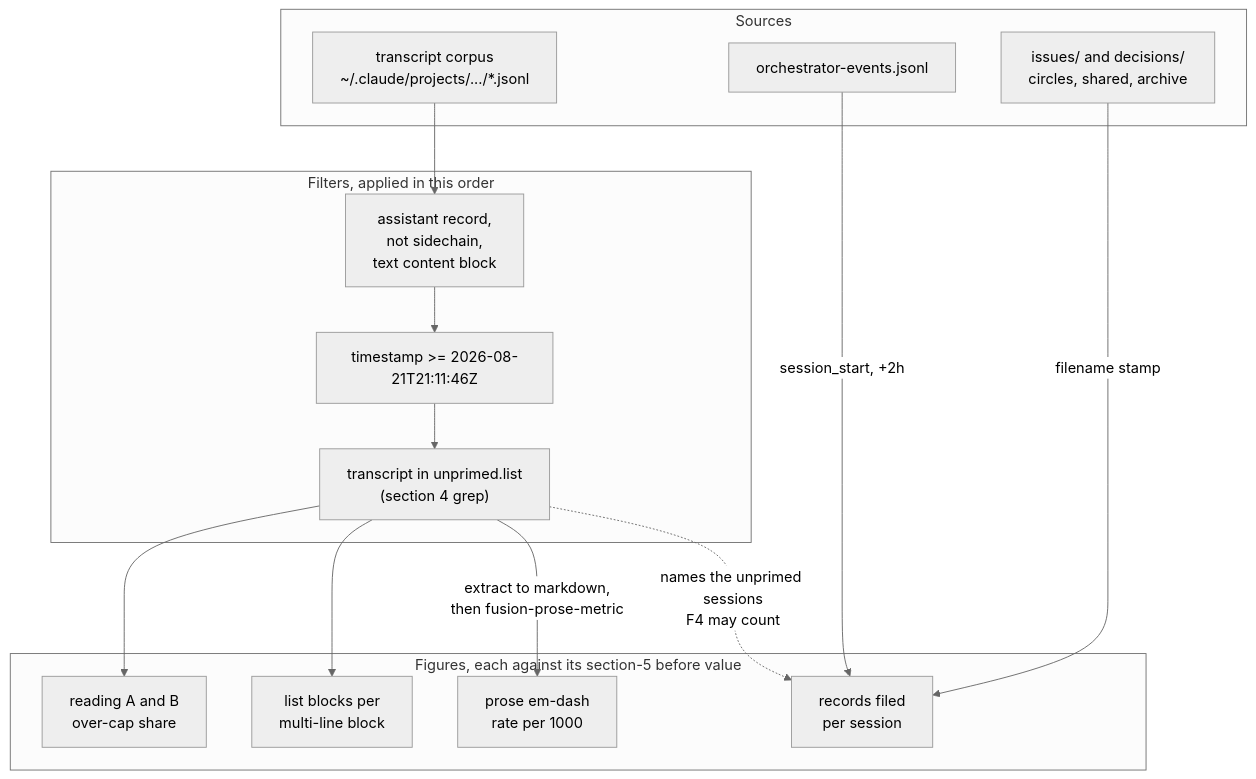
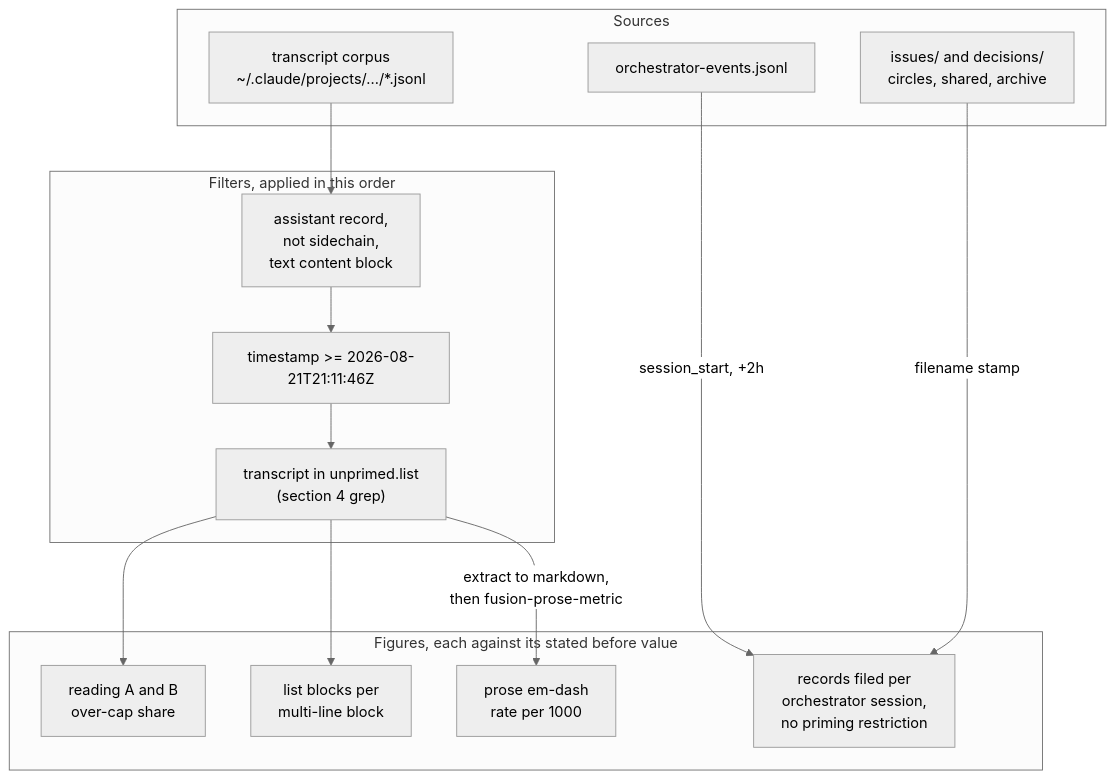
One commit to tenzoki/fusion changed the diagram in fusion-workbench/circles/260821-1042-reply-bounded-whole-question-answered/analyses/260822-0035-three-before-figures-and-the-after-measurement-defined.md. Above: the diagram before and after it, drawn with Mermaid (neutral theme). The commit also changed other lines of this file and 3 other files, not shown here.

````diff
--- a/fusion-workbench/circles/260821-1042-reply-bounded-whole-question-answered/analyses/260822-0035-three-before-figures-and-the-after-measurement-defined.md
+++ b/fusion-workbench/circles/260821-1042-reply-bounded-whole-question-answered/analyses/260822-0035-three-before-figures-and-the-after-measurement-defined.md
@@ -344,29 +370,28 @@
 ```mermaid
 flowchart TD
   subgraph src["Sources"]
     TR["transcript corpus<br/>~/.claude/projects/.../*.jsonl"]
     EV["orchestrator-events.jsonl"]
     ST["issues/ and decisions/<br/>circles, shared, archive"]
   end
 
   subgraph filt["Filters, applied in this order"]
     C1["assistant record,<br/>not sidechain,<br/>text content block"]
     C2["timestamp &gt;= 2026-08-21T21:11:46Z"]
     C3["transcript in unprimed.list<br/>(section 4 grep)"]
   end
 
-  subgraph out["Figures, each against its section-5 before value"]
+  subgraph out["Figures, each against its stated before value"]
     F1["reading A and B<br/>over-cap share"]
     F2["list blocks per<br/>multi-line block"]
     F3["prose em-dash<br/>rate per 1000"]
-    F4["records filed<br/>per session"]
+    F4["records filed per<br/>orchestrator session,<br/>no priming restriction"]
   end
 
   TR --> C1 --> C2 --> C3
   C3 --> F1
   C3 --> F2
   C3 -->|"extract to markdown,<br/>then fusion-prose-metric"| F3
   EV -->|"session_start, +2h"| F4
   ST -->|"filename stamp"| F4
-  C3 -.->|"names the unprimed sessions<br/>F4 may count"| F4
 ```
````
